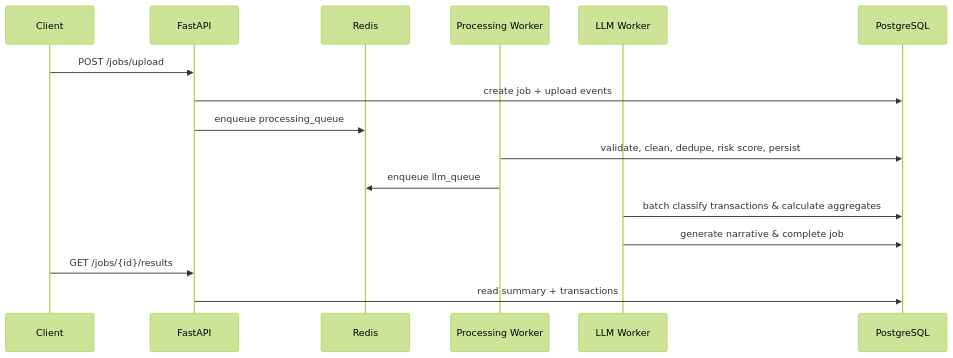
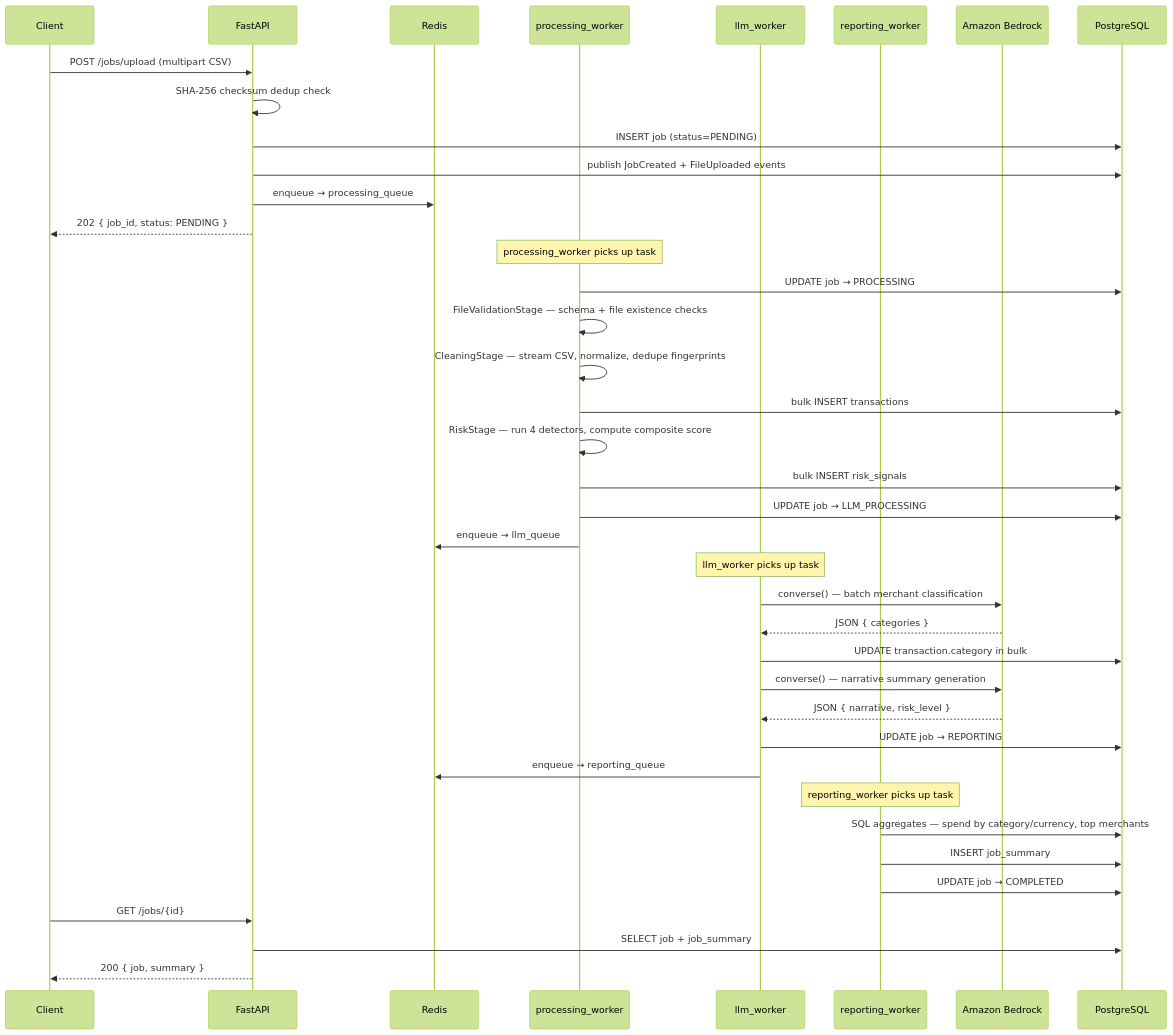
One commit to derpx06/aerotx-backend changed the second of 3 diagrams in README.md. Above: the diagram before and after it, drawn with Mermaid (forest theme). The commit also changed other lines of this file, not shown here.

````diff
--- a/README.md
+++ b/README.md
@@ -84,18 +114,46 @@
 ```mermaid
 sequenceDiagram
-  participant C as Client
-  participant A as FastAPI
-  participant R as Redis
-  participant P as Processing Worker
-  participant L as LLM Worker
-  participant DB as PostgreSQL
-  C->>A: POST /jobs/upload
-  A->>DB: create job + upload events
-  A->>R: enqueue processing_queue
-  P->>DB: validate, clean, dedupe, risk score, persist
-  P->>R: enqueue llm_queue
-  L->>DB: batch classify transactions & calculate aggregates
-  L->>DB: generate narrative & complete job
-  C->>A: GET /jobs/{id}/results
-  A->>DB: read summary + transactions
+    participant C as Client
+    participant A as FastAPI
+    participant R as Redis
+    participant P as processing_worker
+    participant L as llm_worker
+    participant W as reporting_worker
+    participant B as Amazon Bedrock
+    participant DB as PostgreSQL
+
+    C->>A: POST /jobs/upload (multipart CSV)
+    A->>A: SHA-256 checksum dedup check
+    A->>DB: INSERT job (status=PENDING)
+    A->>DB: publish JobCreated + FileUploaded events
+    A->>R: enqueue → processing_queue
+    A-->>C: 202 { job_id, status: PENDING }
+
+    Note over P: processing_worker picks up task
+    P->>DB: UPDATE job → PROCESSING
+    P->>P: FileValidationStage — schema + file existence checks
+    P->>P: CleaningStage — stream CSV, normalize, dedupe fingerprints
+    P->>DB: bulk INSERT transactions
+    P->>P: RiskStage — run 4 detectors, compute composite score
+    P->>DB: bulk INSERT risk_signals
+    P->>DB: UPDATE job → LLM_PROCESSING
+    P->>R: enqueue → llm_queue
+
+    Note over L: llm_worker picks up task
+    L->>B: converse() — batch merchant classification
+    B-->>L: JSON { categories }
+    L->>DB: UPDATE transaction.category in bulk
+    L->>B: converse() — narrative summary generation
+    B-->>L: JSON { narrative, risk_level }
+    L->>DB: UPDATE job → REPORTING
+    L->>R: enqueue → reporting_queue
+
+    Note over W: reporting_worker picks up task
+    W->>DB: SQL aggregates — spend by category/currency, top merchants
+    W->>DB: INSERT job_summary
+    W->>DB: UPDATE job → COMPLETED
+
+    C->>A: GET /jobs/{id}
+    A->>DB: SELECT job + job_summary
+    A-->>C: 200 { job, summary }
 ```
````
